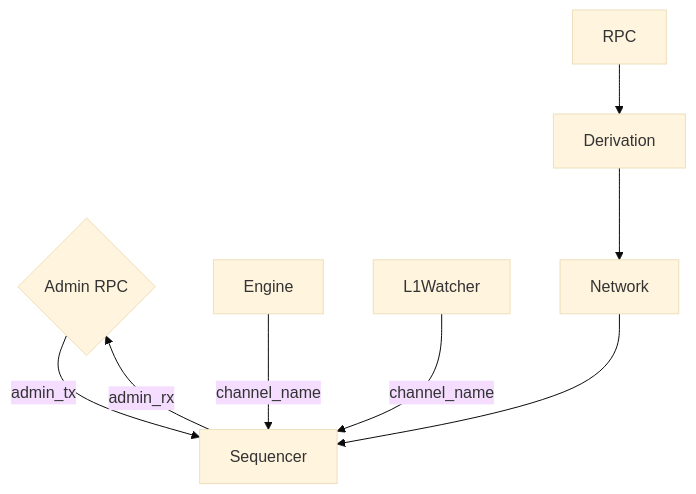
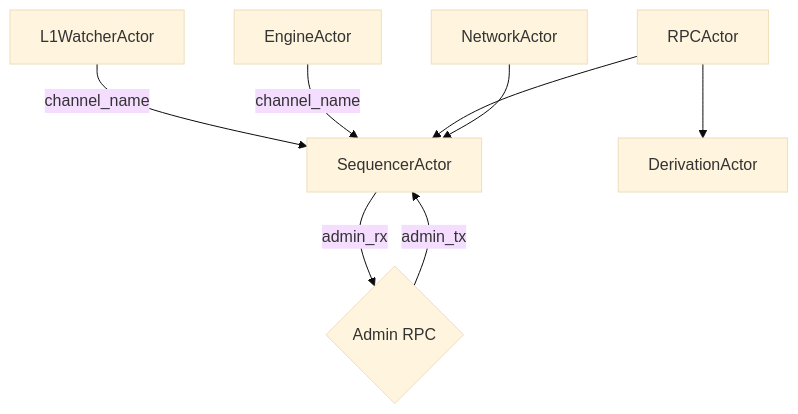
The diagram in crates/node/service/src/actors/README.md (op-rs/kona), drawn with Mermaid (base theme) before and after one commit. The commit also changed other lines of this file, not shown here.

````diff
--- a/crates/node/service/src/actors/README.md
+++ b/crates/node/service/src/actors/README.md
@@ -6,18 +6,20 @@
 ```mermaid
     flowchart TD
 
+    seq[SequencerActor]
+    eng[EngineActor]
+    l1w[L1WatcherActor]
+    net[NetworkActor]
+    rpc[RPCActor]
+    der[DerivationActor]
     adm{Admin RPC}
-    seq[Sequencer]
-    eng[Engine]
-    l1w[L1Watcher]
-    net[Network]
-    rpc[RPC]
-    der[Derivation]
 
 
+    l1w -- channel_name --> seq
+    eng -- channel_name --> seq
+    rpc --> der
+    rpc --> seq
+    net --> seq
     adm -- admin_tx --> seq
     seq -- admin_rx --> adm
-    l1w -- channel_name --> seq
-    eng -- channel_name --> seq
-    rpc --> der --> net --> seq
 ```
````
